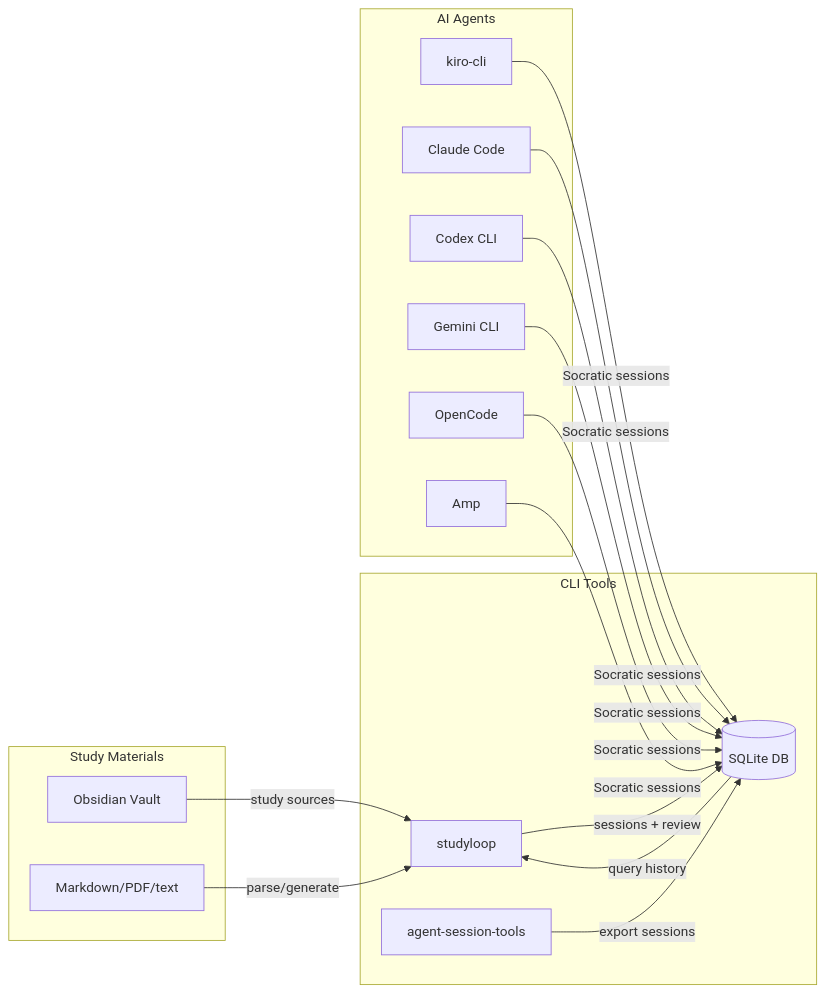
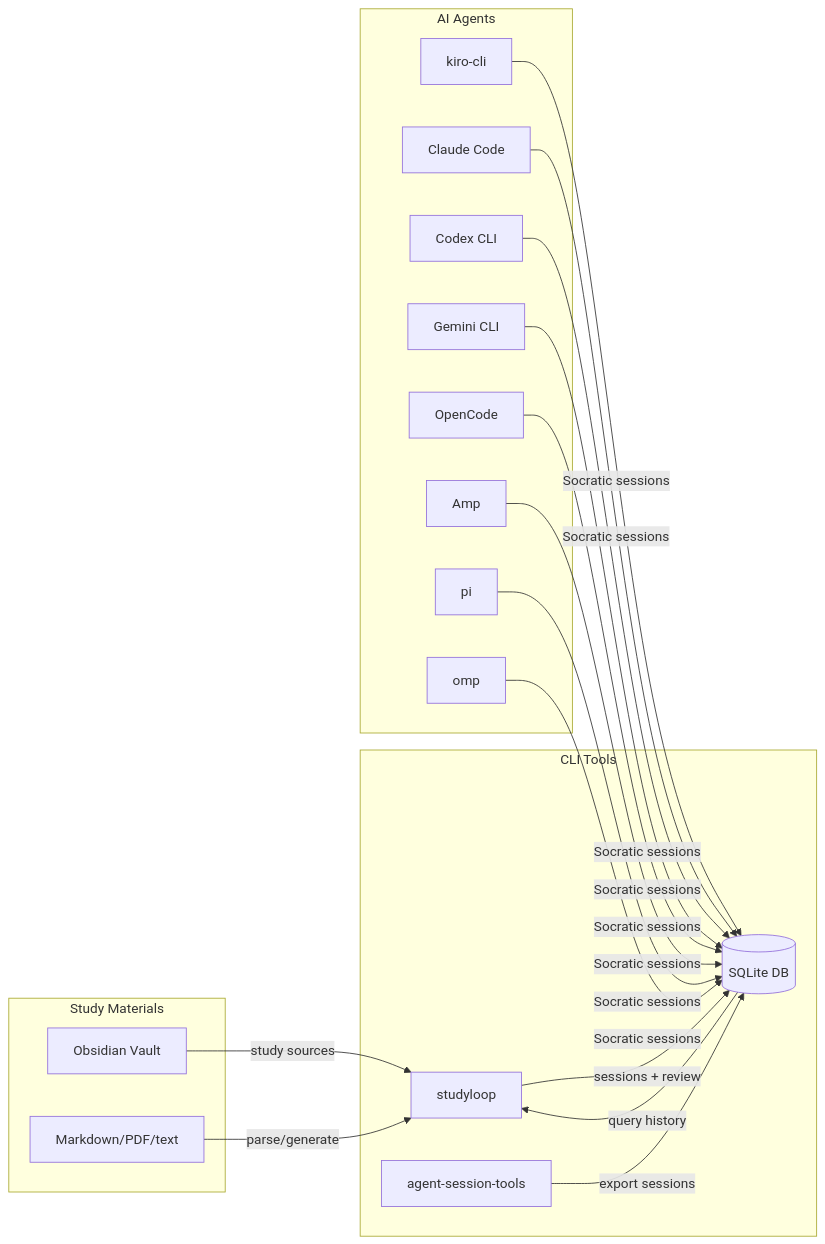
One commit to NetDevAutomate/StudyLoop changed the diagram in docs/index.md. Above: the diagram before and after it, drawn with Mermaid. The commit also changed other lines of this file and 7 other files, not shown here.

First line of the commit message:
docs(harness): document pi + omp integration with C4 diagrams

````diff
--- a/docs/index.md
+++ b/docs/index.md
@@ -36,34 +36,38 @@
 ```mermaid
 graph LR
     subgraph "Study Materials"
         OB[Obsidian Vault]
         SRC[Markdown/PDF/text]
     end
 
     subgraph "CLI Tools"
         SC[studyloop]
         AST[agent-session-tools]
         DB[(SQLite DB)]
     end
 
     subgraph "AI Agents"
         KA[kiro-cli]
         CA[Claude Code]
         CX[Codex CLI]
         GA[Gemini CLI]
         OA[OpenCode]
         AA[Amp]
+        PI[pi]
+        OMP[omp]
     end
 
     OB -->|study sources| SC
     SRC -->|parse/generate| SC
     SC -->|sessions + review| DB
     AST -->|export sessions| DB
     DB -->|query history| SC
     KA -->|Socratic sessions| DB
     CA -->|Socratic sessions| DB
     CX -->|Socratic sessions| DB
     GA -->|Socratic sessions| DB
     OA -->|Socratic sessions| DB
     AA -->|Socratic sessions| DB
+    PI -->|Socratic sessions| DB
+    OMP -->|Socratic sessions| DB
 ```
````
